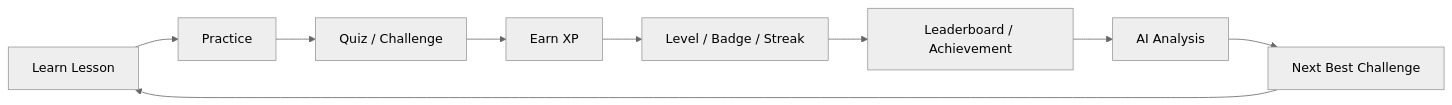
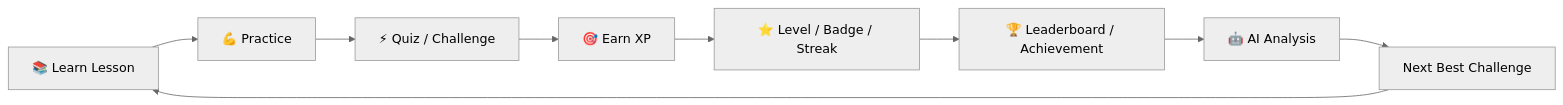
Before and after one commit to Raashidh-Rizvi/EduFlowAi: the first of 2 diagrams in docs/README.md, drawn with Mermaid (neutral theme). The commit also changed other lines of this file and 38 other files, not shown here.

````diff
--- a/docs/README.md
+++ b/docs/README.md
@@ -16,11 +29,11 @@
 ```mermaid
 flowchart LR
-    A[Learn Lesson] --> B[Practice]
-    B --> C[Quiz / Challenge]
-    C --> D[Earn XP]
-    D --> E[Level / Badge / Streak]
-    E --> F[Leaderboard / Achievement]
-    F --> G[AI Analysis]
-    G --> H[Next Best Challenge]
+    A["📚 Learn Lesson"] --> B["💪 Practice"]
+    B --> C["⚡ Quiz / Challenge"]
+    C --> D["🎯 Earn XP"]
+    D --> E["⭐ Level / Badge / Streak"]
+    E --> F["🏆 Leaderboard / Achievement"]
+    F --> G["🤖 AI Analysis"]
+    G --> H["Next Best Challenge"]
     H --> A
 ```
````
